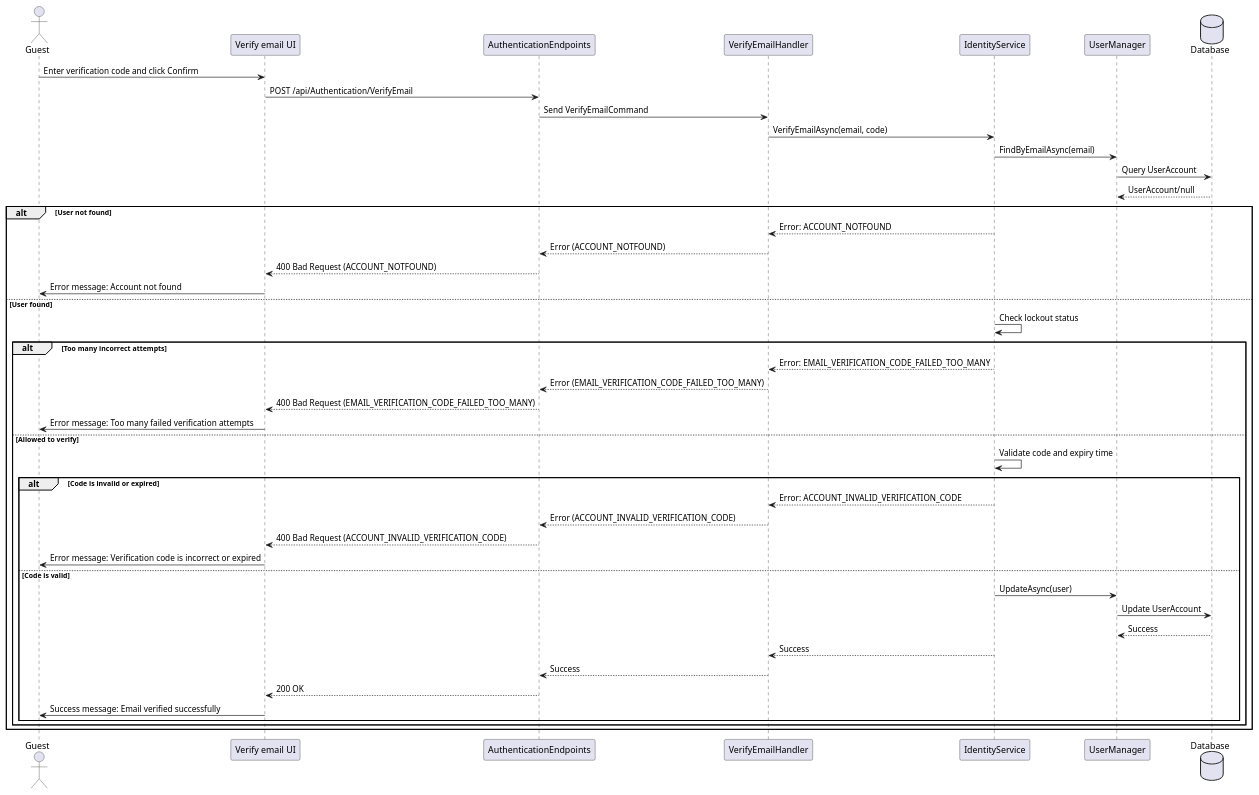
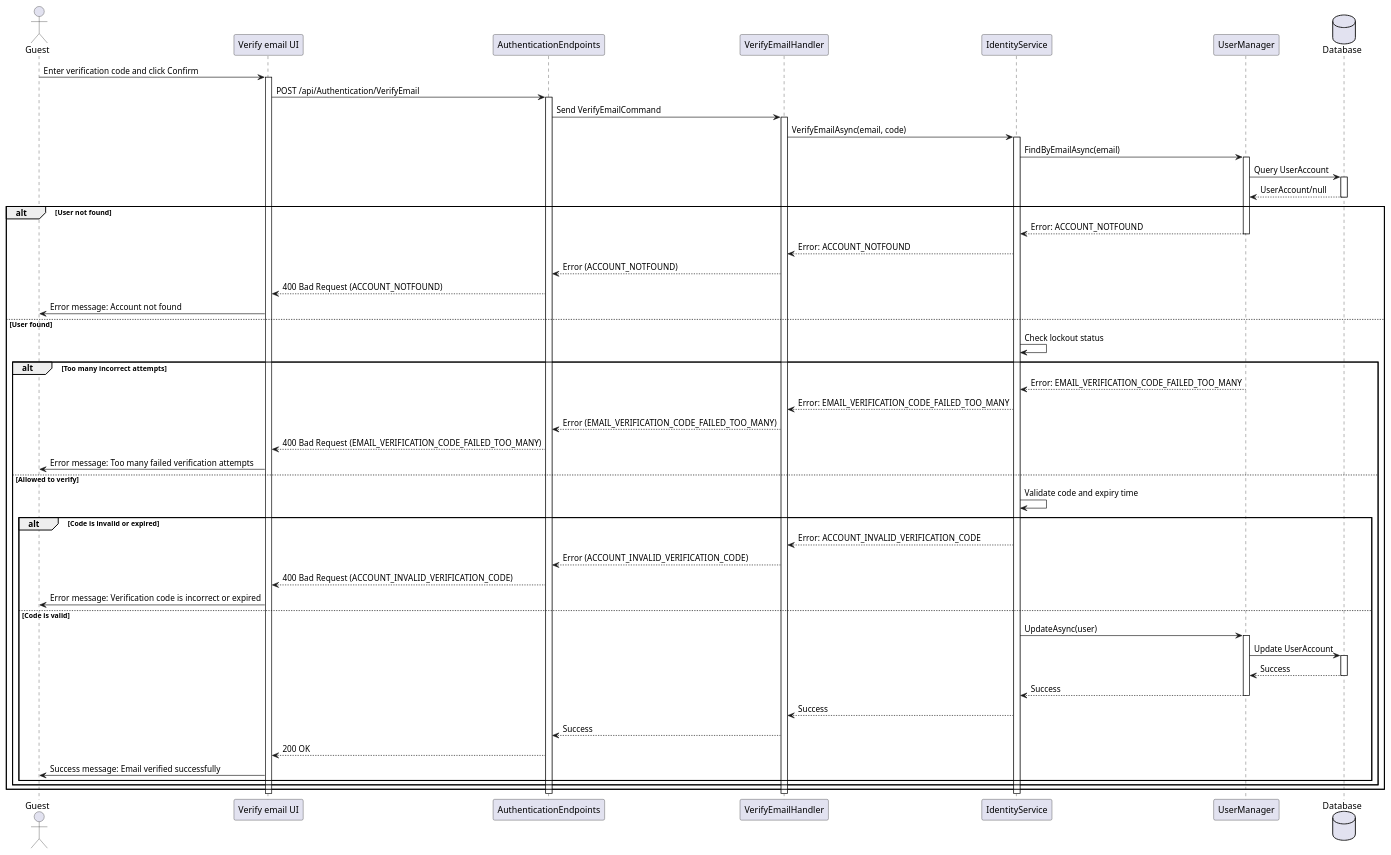
One commit to thanhkhac/SEP_Diagram changed the diagram in authentication/sequence/07_VerifyEmail.puml. Above: the diagram before and after it, drawn with PlantUML. The commit also changed 4 other files, not shown here.

Commit message:
Add activation and deactivation steps to sequence diagrams

```diff
--- a/authentication/sequence/07_VerifyEmail.puml
+++ b/authentication/sequence/07_VerifyEmail.puml
@@ -1,48 +1,67 @@
 @startuml
 actor Guest as User
 participant "Verify email UI" as UI
 participant AuthenticationEndpoints
 participant VerifyEmailHandler
 participant IdentityService
 participant UserManager
 Database Database
 
 User -> UI : Enter verification code and click Confirm
+activate UI
 UI -> AuthenticationEndpoints : POST /api/Authentication/VerifyEmail
+activate AuthenticationEndpoints
 AuthenticationEndpoints -> VerifyEmailHandler : Send VerifyEmailCommand
+activate VerifyEmailHandler
 VerifyEmailHandler -> IdentityService : VerifyEmailAsync(email, code)
+activate IdentityService
 IdentityService -> UserManager : FindByEmailAsync(email)
+activate UserManager
 UserManager -> Database : Query UserAccount
+activate Database
 Database --> UserManager : UserAccount/null
-
+deactivate Database
 alt User not found
+    UserManager --> IdentityService : Error: ACCOUNT_NOTFOUND
+    deactivate UserManager
     IdentityService --> VerifyEmailHandler : Error: ACCOUNT_NOTFOUND
     VerifyEmailHandler --> AuthenticationEndpoints : Error (ACCOUNT_NOTFOUND)
     AuthenticationEndpoints --> UI : 400 Bad Request (ACCOUNT_NOTFOUND)
     UI -> User : Error message: Account not found
 else User found
     IdentityService -> IdentityService : Check lockout status
     alt Too many incorrect attempts
+        UserManager --> IdentityService : Error: EMAIL_VERIFICATION_CODE_FAILED_TOO_MANY
+        deactivate UserManager
         IdentityService --> VerifyEmailHandler : Error: EMAIL_VERIFICATION_CODE_FAILED_TOO_MANY
         VerifyEmailHandler --> AuthenticationEndpoints : Error (EMAIL_VERIFICATION_CODE_FAILED_TOO_MANY)
         AuthenticationEndpoints --> UI : 400 Bad Request (EMAIL_VERIFICATION_CODE_FAILED_TOO_MANY)
         UI -> User : Error message: Too many failed verification attempts
     else Allowed to verify
         IdentityService -> IdentityService : Validate code and expiry time
         alt Code is invalid or expired
             IdentityService --> VerifyEmailHandler : Error: ACCOUNT_INVALID_VERIFICATION_CODE
             VerifyEmailHandler --> AuthenticationEndpoints : Error (ACCOUNT_INVALID_VERIFICATION_CODE)
             AuthenticationEndpoints --> UI : 400 Bad Request (ACCOUNT_INVALID_VERIFICATION_CODE)
             UI -> User : Error message: Verification code is incorrect or expired
         else Code is valid
             IdentityService -> UserManager : UpdateAsync(user)
+            activate UserManager
             UserManager -> Database : Update UserAccount
+            activate Database
             Database --> UserManager : Success
+            deactivate Database
+            UserManager --> IdentityService : Success
+            deactivate UserManager
             IdentityService --> VerifyEmailHandler : Success
             VerifyEmailHandler --> AuthenticationEndpoints : Success
             AuthenticationEndpoints --> UI : 200 OK
             UI -> User : Success message: Email verified successfully
         end
     end
 end
+deactivate IdentityService
+deactivate VerifyEmailHandler
+deactivate AuthenticationEndpoints
+deactivate UI
 @enduml
```
